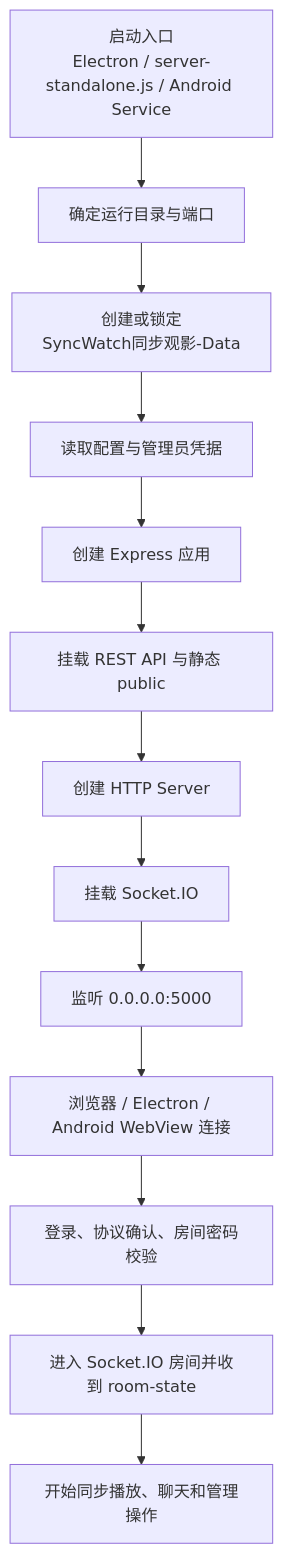
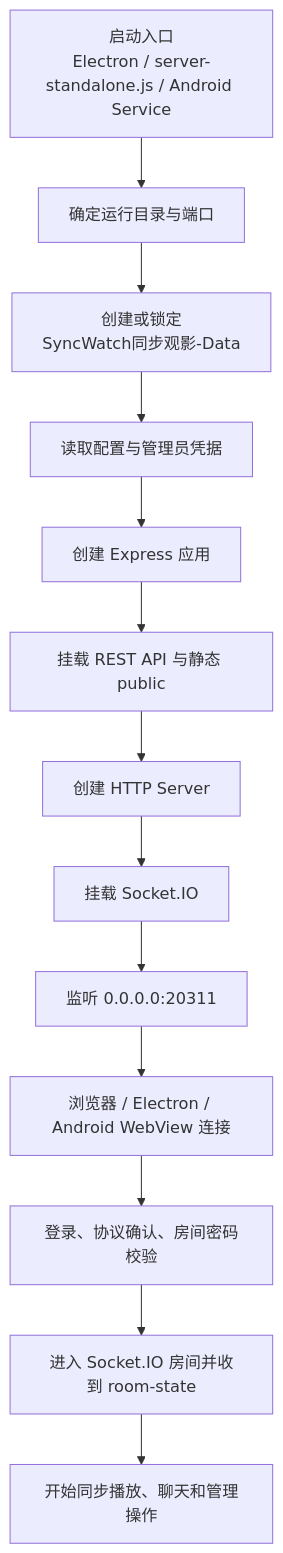
The second of 5 diagrams in docs/architecture.md (xuange6610/SyncWatch), drawn with Mermaid before and after one commit. The commit also changed other lines of this file and 50 other files, not shown here.

````diff
--- a/docs/architecture.md
+++ b/docs/architecture.md
@@ -32,15 +32,15 @@
 ```mermaid
 flowchart TD
     A[启动入口\nElectron / server-standalone.js / Android Service] --> B[确定运行目录与端口]
     B --> C[创建或锁定\nSyncWatch同步观影-Data]
     C --> D[读取配置与管理员凭据]
     D --> E[创建 Express 应用]
     E --> F[挂载 REST API 与静态 public]
     F --> G[创建 HTTP Server]
     G --> H[挂载 Socket.IO]
-    H --> I[监听 0.0.0.0:5000]
+    H --> I[监听 0.0.0.0:20311]
     I --> J[浏览器 / Electron / Android WebView 连接]
     J --> K[登录、协议确认、房间密码校验]
     K --> L[进入 Socket.IO 房间并收到 room-state]
     L --> M[开始同步播放、聊天和管理操作]
 ```
````
